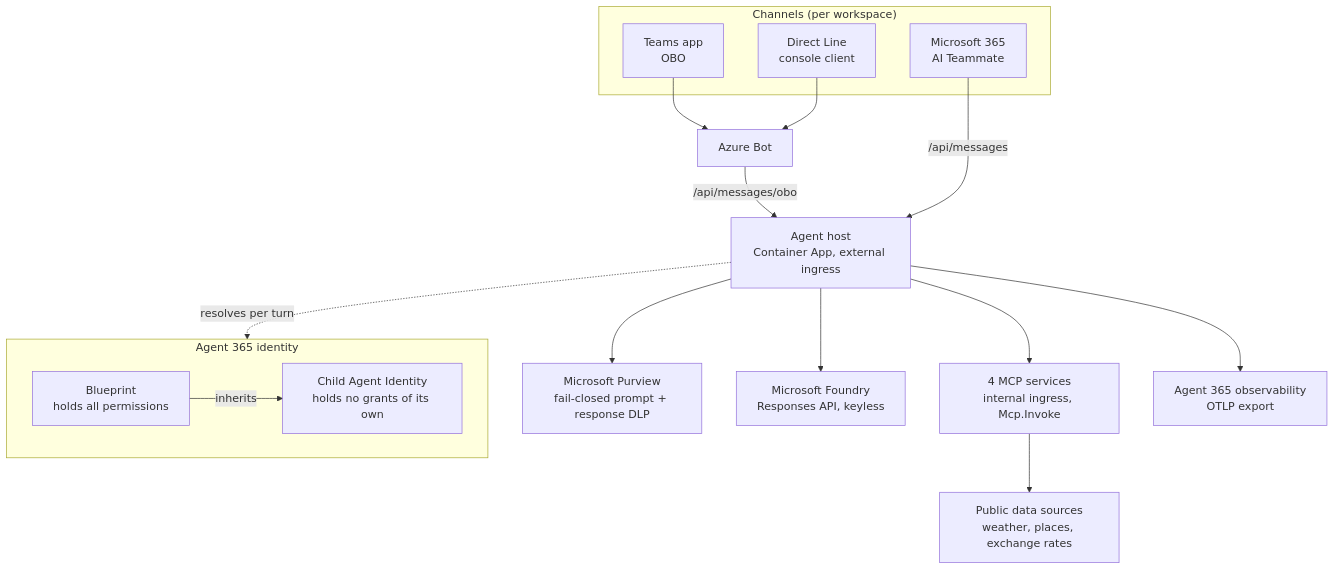
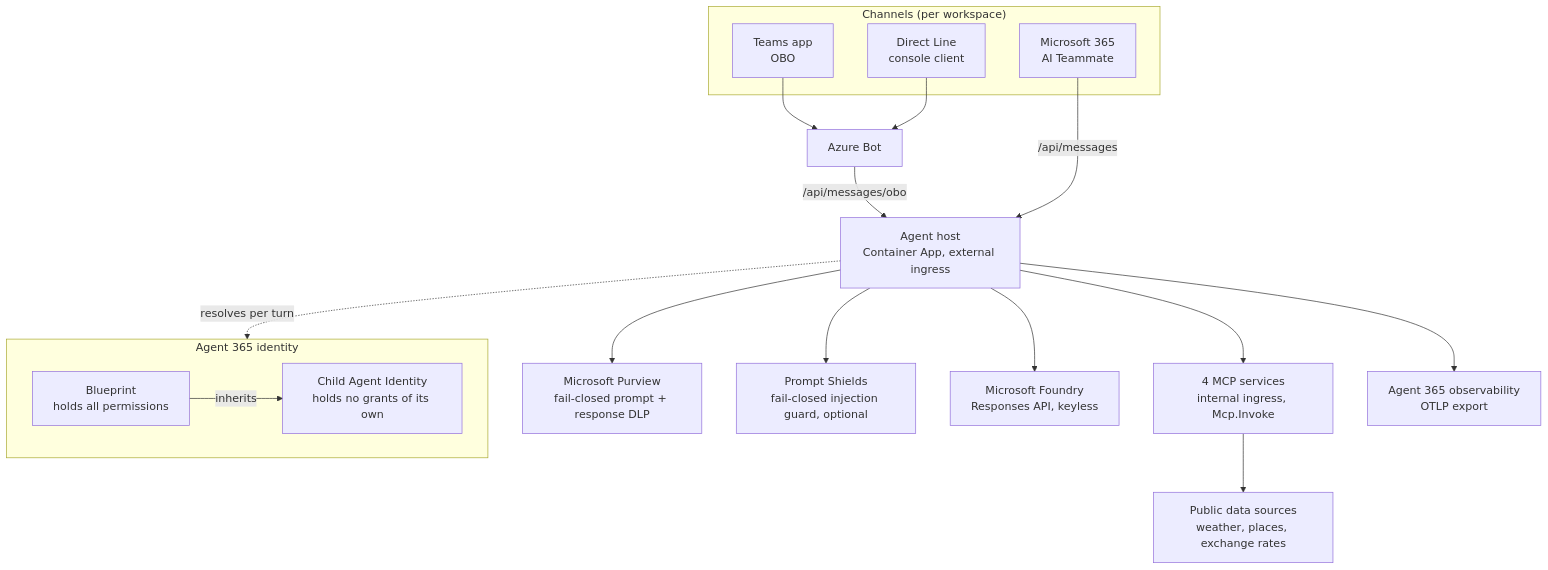
The first of 3 diagrams in README.md (patrick-shim/a365-custom-agents), drawn with Mermaid before and after one commit. The commit also changed other lines of this file and 30 other files, not shown here.

First line of the commit message:
Add fail-closed Prompt Shields prompt-injection guard to both agents

````diff
--- a/README.md
+++ b/README.md
@@ -35,26 +39,27 @@
 ```mermaid
 flowchart TB
   subgraph CH["Channels (per workspace)"]
     T["Teams app<br/>OBO"]
     D["Direct Line<br/>console client"]
     M["Microsoft 365<br/>AI Teammate"]
   end
 
   T --> BOT["Azure Bot"]
   D --> BOT
   BOT -->|"/api/messages/obo"| HOST["Agent host<br/>Container App, external ingress"]
   M -->|"/api/messages"| HOST
 
   subgraph ID["Agent 365 identity"]
     BP["Blueprint<br/>holds all permissions"]
     BP -->|inherits| CHILD["Child Agent Identity<br/>holds no grants of its own"]
   end
   HOST -.->|resolves per turn| ID
 
   HOST --> PV["Microsoft Purview<br/>fail-closed prompt + response DLP"]
+  HOST --> PS["Prompt Shields<br/>fail-closed injection guard, optional"]
   HOST --> FDY["Microsoft Foundry<br/>Responses API, keyless"]
   HOST --> MCP["4 MCP services<br/>internal ingress, Mcp.Invoke"]
   HOST --> OBS["Agent 365 observability<br/>OTLP export"]
 
   MCP --> EXT["Public data sources<br/>weather, places, exchange rates"]
 ```
````
